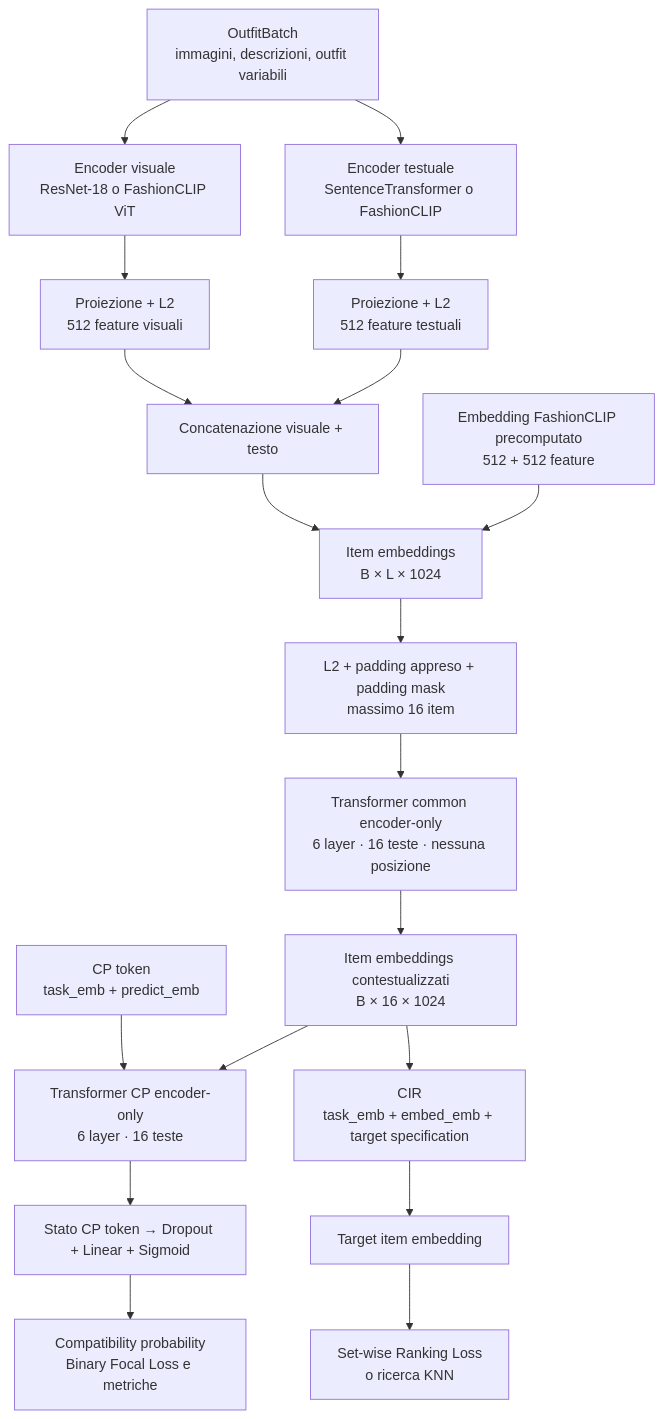
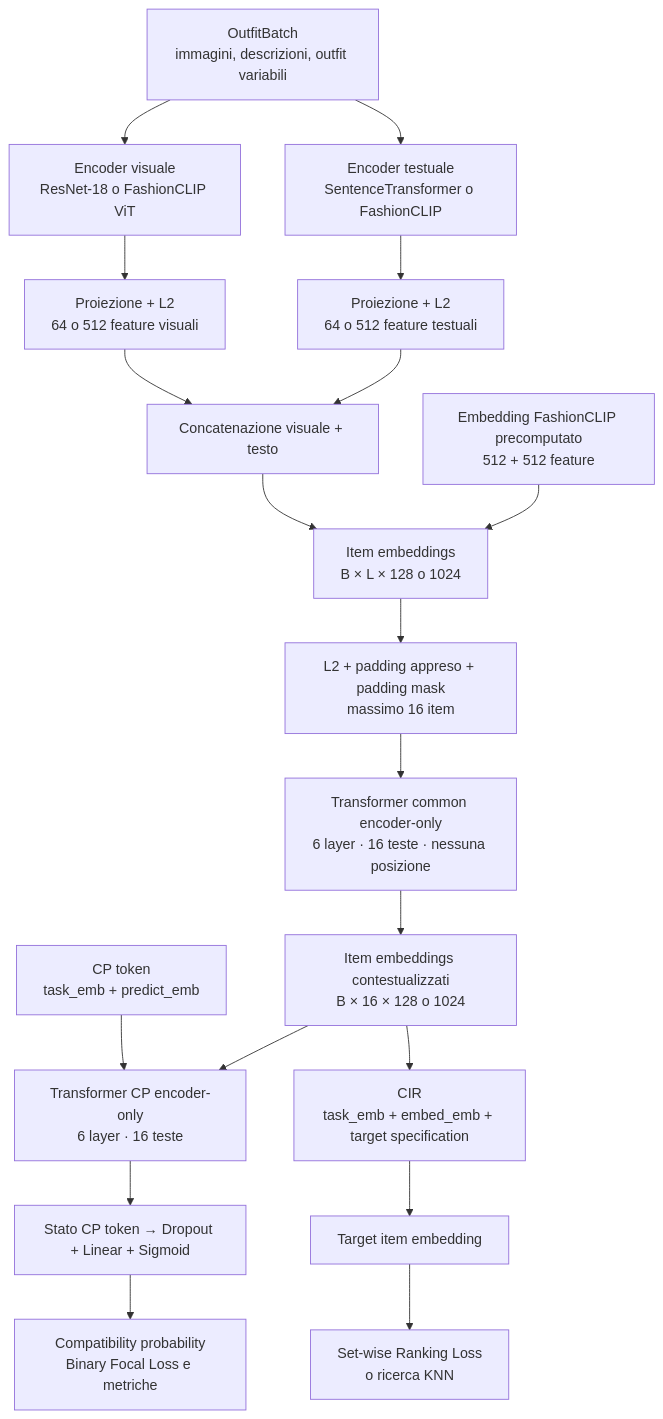
Before and after one commit to FlorindoDev/OutfitTransformer: the diagram in README.md, drawn with Mermaid. The commit also changed 8 other files, not shown here.

````diff
--- a/README.md
+++ b/README.md
@@ -37,28 +37,28 @@
 ```mermaid
 flowchart TD
     A["OutfitBatch<br/>immagini, descrizioni, outfit variabili"]
 
     A --> B["Encoder visuale<br/>ResNet-18 o FashionCLIP ViT"]
     A --> C["Encoder testuale<br/>SentenceTransformer o FashionCLIP"]
 
-    B --> D["Proiezione + L2<br/>512 feature visuali"]
-    C --> E["Proiezione + L2<br/>512 feature testuali"]
+    B --> D["Proiezione + L2<br/>64 o 512 feature visuali"]
+    C --> E["Proiezione + L2<br/>64 o 512 feature testuali"]
 
     D --> F["Concatenazione visuale + testo"]
     E --> F
 
-    F --> G["Item embeddings<br/>B × L × 1024"]
+    F --> G["Item embeddings<br/>B × L × 128 o 1024"]
     P["Embedding FashionCLIP precomputato<br/>512 + 512 feature"] --> G
     G --> H["L2 + padding appreso + padding mask<br/>massimo 16 item"]
     H --> I["Transformer common encoder-only<br/>6 layer · 16 teste · nessuna posizione"]
-    I --> J["Item embeddings contestualizzati<br/>B × 16 × 1024"]
+    I --> J["Item embeddings contestualizzati<br/>B × 16 × 128 o 1024"]
 
     K["CP token<br/>task_emb + predict_emb"] --> L["Transformer CP encoder-only<br/>6 layer · 16 teste"]
     J --> L
     L --> M["Stato CP token → Dropout + Linear + Sigmoid"]
     M --> N["Compatibility probability<br/>Binary Focal Loss e metriche"]
 
     J --> O["CIR<br/>task_emb + embed_emb + target specification"]
     O --> Q["Target item embedding"]
     Q --> R["Set-wise Ranking Loss<br/>o ricerca KNN"]
 ```
````
